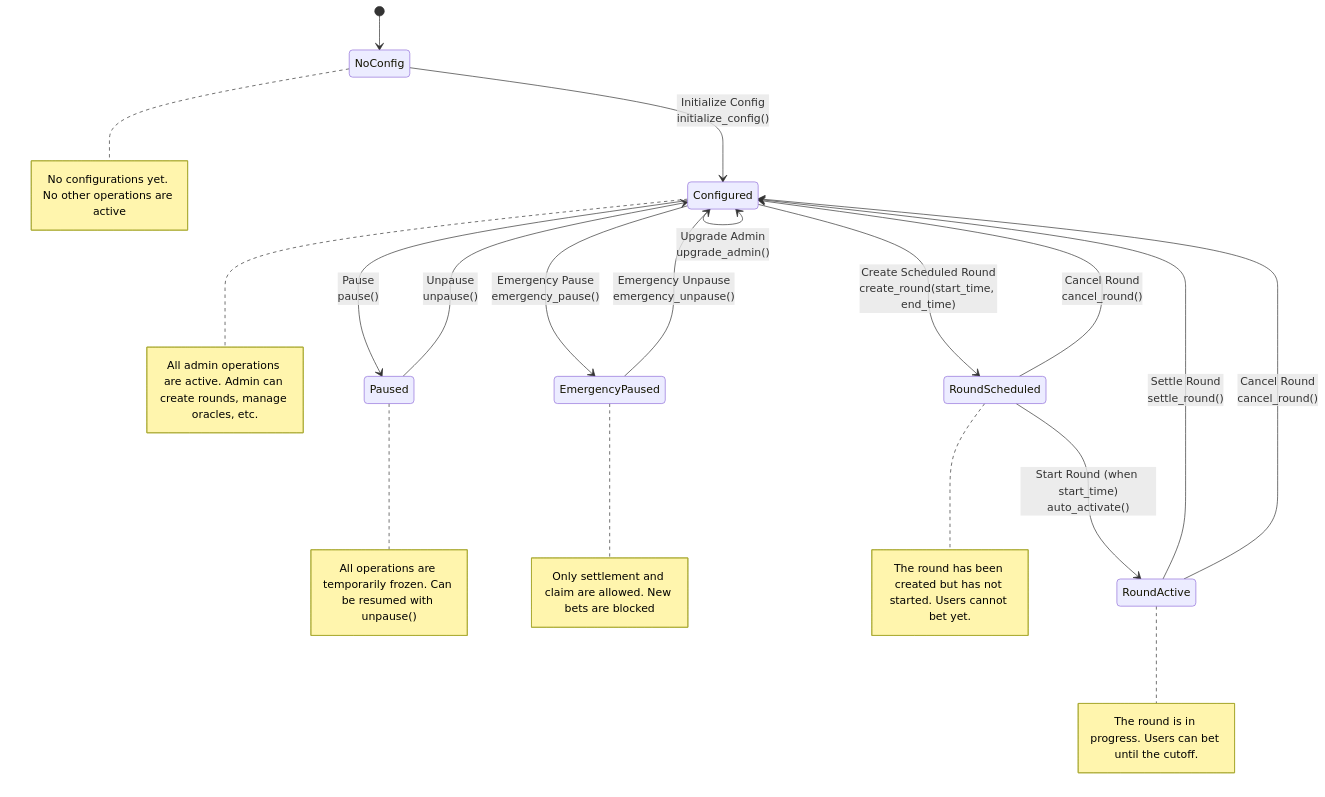
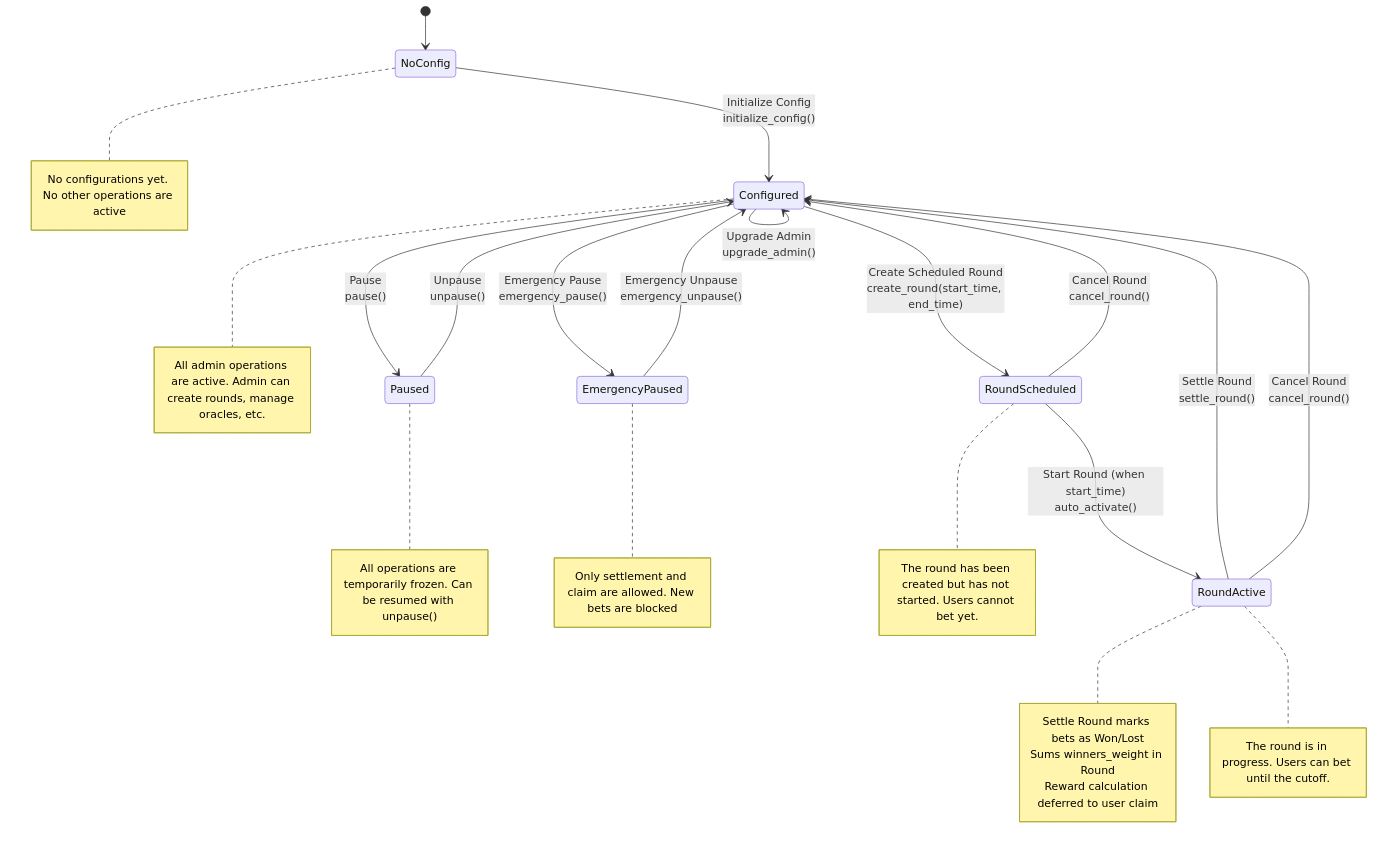
The third of 7 diagrams in README.md (muhammad-akbrrr/gold-rush-smartcontract), drawn with Mermaid before and after one commit. The commit also changed other lines of this file, not shown here.

````diff
--- a/README.md
+++ b/README.md
@@ -154,49 +156,55 @@
 ```mermaid
 stateDiagram-v2
     [*] --> NoConfig
 
     NoConfig --> Configured: Initialize Config<br/>initialize_config()
     Configured --> Configured: Update Config<br/>update_config()
 
     Configured --> Paused: Pause<br/>pause()
     Paused --> Configured: Unpause<br/>unpause()
 
     Configured --> EmergencyPaused: Emergency Pause<br/>emergency_pause()
     EmergencyPaused --> Configured: Emergency Unpause<br/>emergency_unpause()
 
     Configured --> Configured: Add Oracle<br/>add_oracle_to_whitelist()
     Configured --> Configured: Remove Oracle<br/>remove_oracle_from_whitelist()
     Configured --> Configured: Set Oracle<br/>set_oracle()
 
     Configured --> RoundScheduled: Create Scheduled Round<br/>create_round(start_time, end_time)
     RoundScheduled --> RoundActive: Start Round (when start_time)<br/>auto_activate()
-    RoundActive --> Configured: Settle Round<br/>settle_round()
+    RoundActive --> Configured: Settle Round<br/>settle_round()  
+        note right of RoundActive
+            Settle Round marks bets as Won/Lost
+            Sums winners_weight in Round
+            Reward calculation deferred to user claim
+        end note
+
     RoundScheduled --> Configured: Cancel Round<br/>cancel_round() 
     RoundActive --> Configured: Cancel Round<br/>cancel_round()
 
     Configured --> Configured: Upgrade Admin<br/>upgrade_admin()
 
     note right of NoConfig
         No configurations yet. No other operations are active
     end note
 
     note right of Configured
         All admin operations are active. Admin can create rounds, manage oracles, etc.
     end note
 
     note right of Paused
         All operations are temporarily frozen. Can be resumed with unpause()
     end note
 
     note right of EmergencyPaused
         Only settlement and claim are allowed. New bets are blocked
     end note
 
     note right of RoundScheduled
         The round has been created but has not started. Users cannot bet yet.
     end note
 
     note right of RoundActive
         The round is in progress. Users can bet until the cutoff.
     end note
 ```
````
